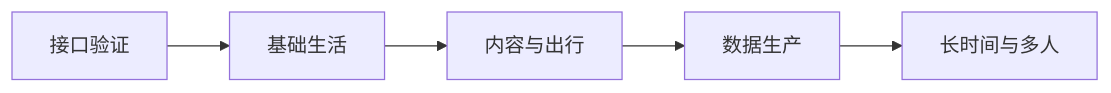
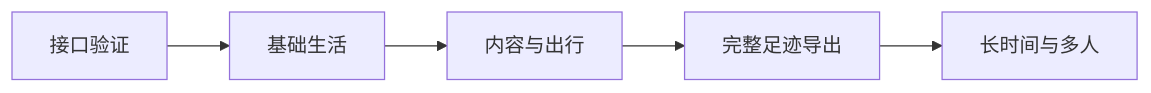
Before and after one commit to HoldThatThgt/WorldMock: the third of 5 diagrams in docs/VERIFICATION.md, drawn with Mermaid. The commit also changed other lines of this file and 183 other files, not shown here.

````diff
--- a/docs/VERIFICATION.md
+++ b/docs/VERIFICATION.md
@@ -535,7 +544,7 @@
 ```mermaid
 flowchart LR
     A[接口验证] --> B[基础生活]
     B --> C[内容与出行]
-    C --> D[数据生产]
+    C --> D[完整足迹导出]
     D --> E[长时间与多人]
 ```
````
